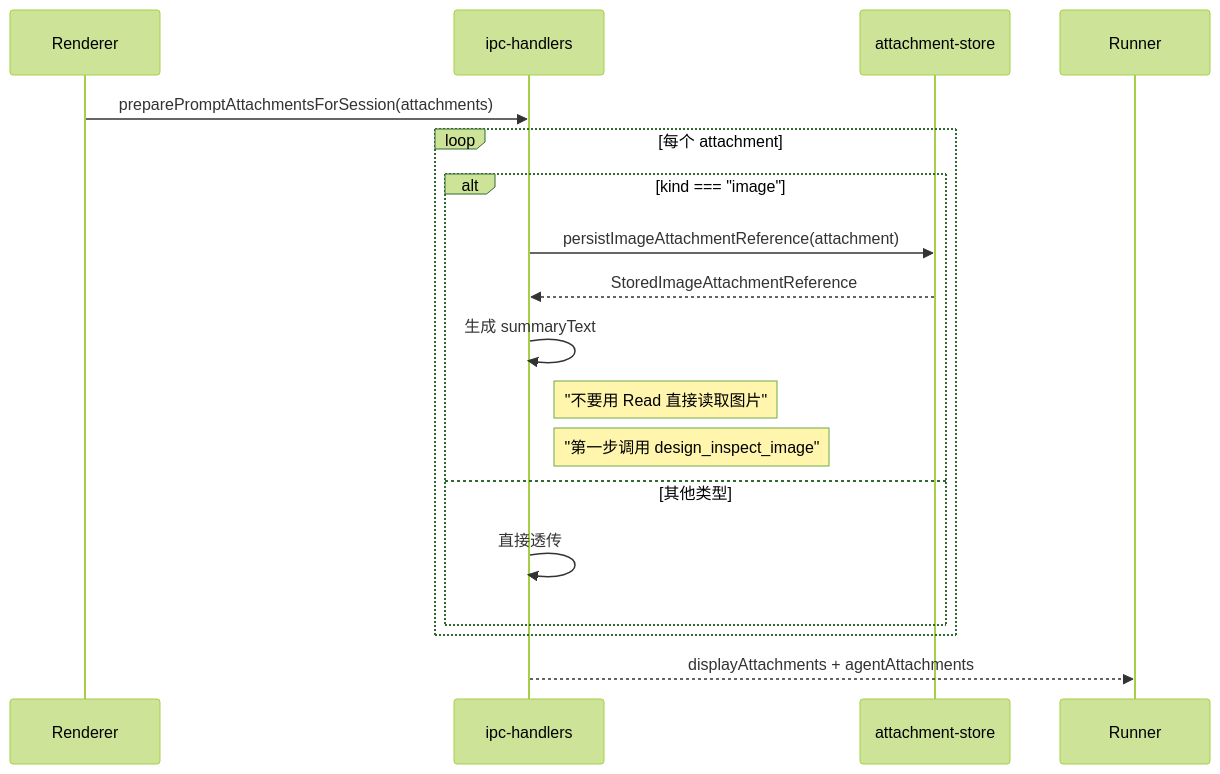
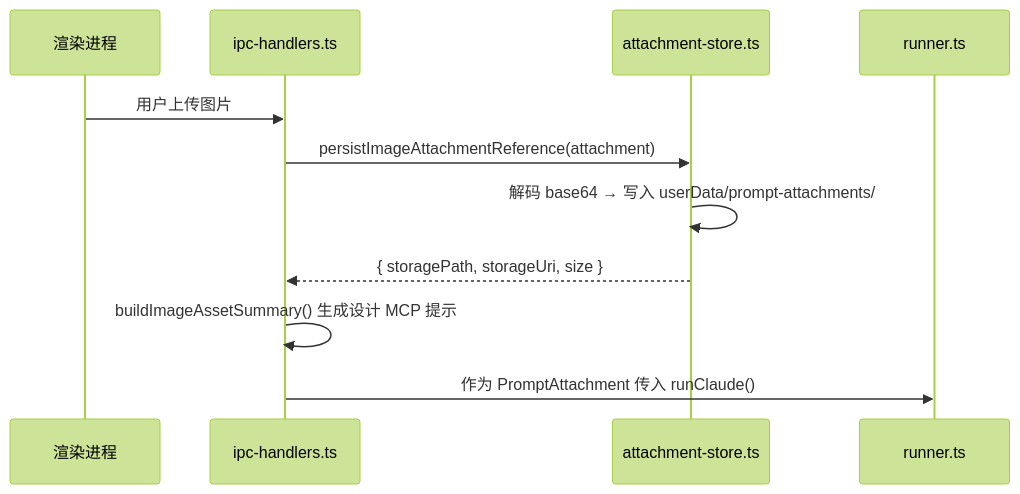
Before and after one commit to lst016/tech-cc-hub: the second of 4 diagrams in .tech/repowiki/zh/content/核心模块规格/Electron 主进程服务总览.md, drawn with Mermaid (forest theme). The commit also changed other lines of this file and 195 other files, not shown here.

````diff
--- a/.tech/repowiki/zh/content/核心模块规格/Electron 主进程服务总览.md
+++ b/.tech/repowiki/zh/content/核心模块规格/Electron 主进程服务总览.md
@@ -144,21 +196,14 @@
 ```mermaid
 sequenceDiagram
-    participant Renderer
-    participant IPC as ipc-handlers
-    participant AttachmentStore as attachment-store
-    participant Runner
+    participant UI as 渲染进程
+    participant IPC as ipc-handlers.ts
+    participant Store as attachment-store.ts
+    participant Runner as runner.ts
 
-    Renderer->>IPC: preparePromptAttachmentsForSession(attachments)
-    loop 每个 attachment
-        alt kind === "image"
-            IPC->>AttachmentStore: persistImageAttachmentReference(attachment)
-            AttachmentStore-->>IPC: StoredImageAttachmentReference
-            IPC->>IPC: 生成 summaryText
-            Note right of IPC: "不要用 Read 直接读取图片"
-            Note right of IPC: "第一步调用 design_inspect_image"
-        else 其他类型
-            IPC->>IPC: 直接透传
-        end
-    end
-    IPC-->>Runner: displayAttachments + agentAttachments
+    UI->>IPC: 用户上传图片
+    IPC->>Store: persistImageAttachmentReference(attachment)
+    Store->>Store: 解码 base64 → 写入 userData/prompt-attachments/
+    Store-->>IPC: { storagePath, storageUri, size }
+    IPC->>IPC: buildImageAssetSummary() 生成设计 MCP 提示
+    IPC->>Runner: 作为 PromptAttachment 传入 runClaude()
 ```
````
